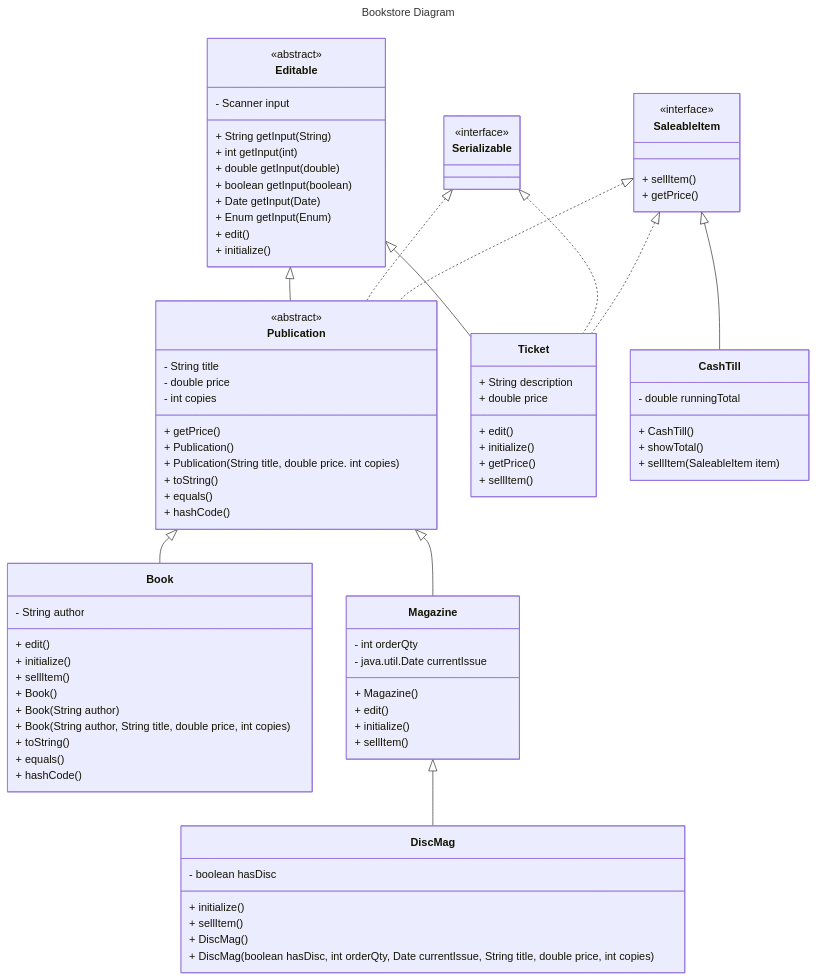
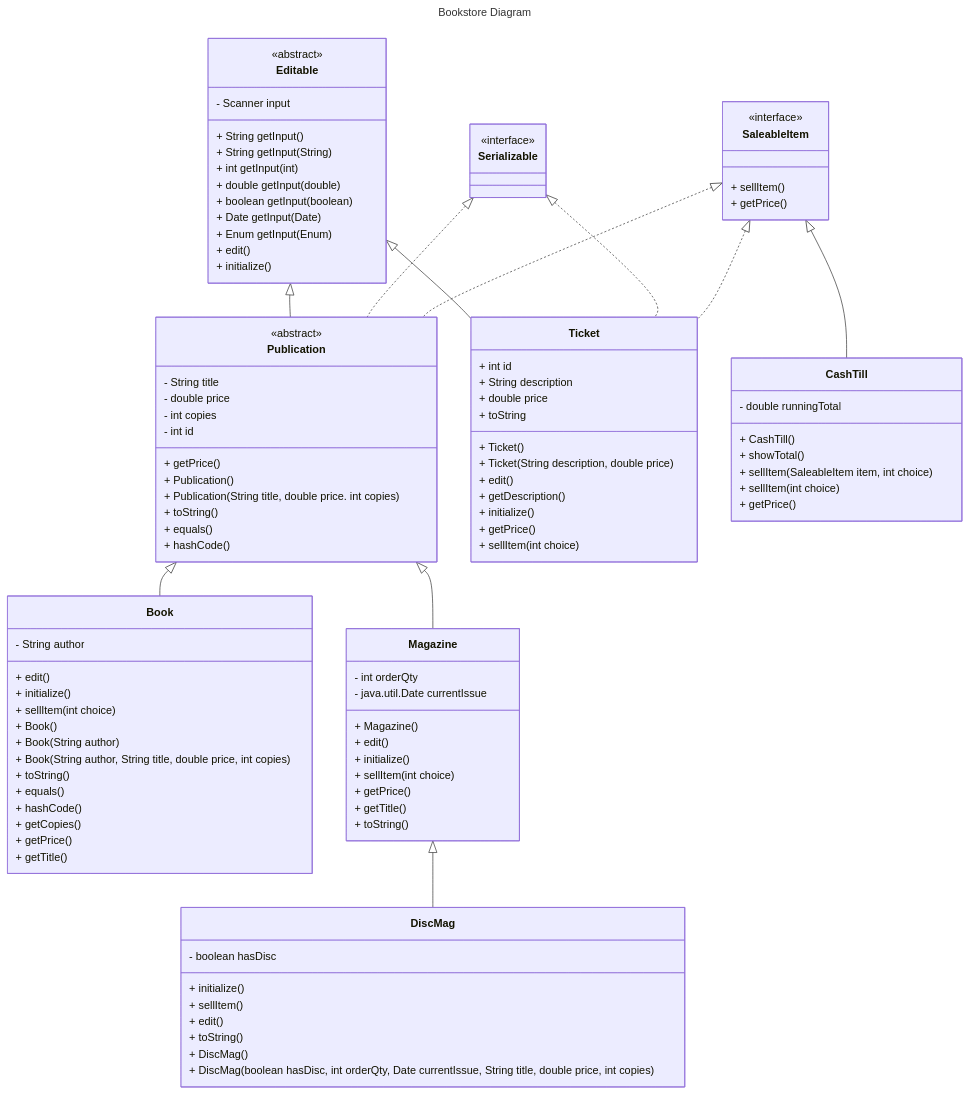
One commit to juanroy012/CSD214_Fall25_JuanRoy changed the diagram in src/main/java/Lab1/diagram.md. Above: the diagram before and after it, drawn with Mermaid. The commit also changed 1 other file, not shown here.

Commit message:
Update Lab1 1.4

```diff
--- a/src/main/java/Lab1/diagram.md
+++ b/src/main/java/Lab1/diagram.md
@@ -26,6 +26,7 @@
     Class Editable
     <<abstract>> Editable
     Editable: - Scanner input
+    Editable: + String getInput()
     Editable: + String getInput(String)
     Editable: + int getInput(int)
     Editable: + double getInput(double)
@@ -40,6 +41,7 @@
     Publication: - String title
     Publication: - double price
     Publication: - int copies
+    Publication: - int id
     Publication: + getPrice()
     Publication: + Publication()
     Publication: + Publication(String title, double price. int copies)
@@ -51,27 +53,37 @@
     CashTill: - double runningTotal
     CashTill: + CashTill()
     CashTill: + showTotal()
-    CashTill: + sellItem(SaleableItem item)
+    CashTill: + sellItem(SaleableItem item, int choice)
+    CashTill: + sellItem(int choice)
+    CashTill: + getPrice()
     
     Class Ticket
+    Ticket: + int id
     Ticket: + String description
     Ticket: + double price
+    Ticket: + toString
+    Ticket: + Ticket()
+    Ticket: + Ticket(String description, double price)
     Ticket: + edit()
+    Ticket: + getDescription()
     Ticket: + initialize()
     Ticket: + getPrice()
-    Ticket: + sellItem()
+    Ticket: + sellItem(int choice)
     
     Class Book
     Book: - String author
     Book: + edit()
     Book: + initialize()
-    Book: + sellItem()
+    Book: + sellItem(int choice)
     Book: + Book()
     Book: + Book(String author)
     Book: + Book(String author, String title, double price, int copies)
     Book: + toString()
     Book: + equals()
     Book: + hashCode()
+    Book: + getCopies()
+    Book: + getPrice()
+    Book: + getTitle()
     
     Class Magazine
     Magazine: - int orderQty
@@ -79,12 +91,17 @@
     Magazine: + Magazine()
     Magazine: + edit()
     Magazine: + initialize()
-    Magazine: + sellItem()
+    Magazine: + sellItem(int choice)
+    Magazine: + getPrice()
+    Magazine: + getTitle()
+    Magazine: + toString()
     
     Class DiscMag
     DiscMag: - boolean hasDisc
     DiscMag: + initialize()
     DiscMag: + sellItem()
+    DiscMag: + edit()
+    DiscMag: + toString()
     DiscMag: + DiscMag()
     DiscMag: + DiscMag(boolean hasDisc, int orderQty, Date currentIssue, String title, double price, int copies)
 
```
